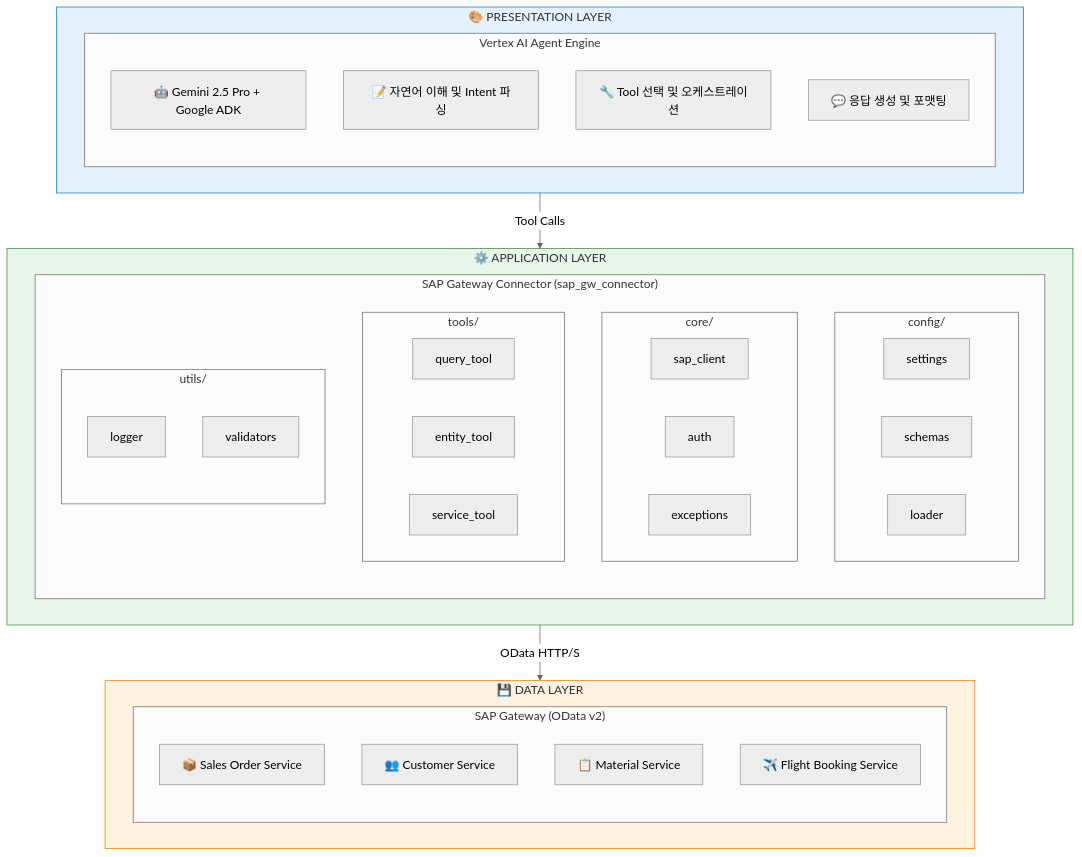
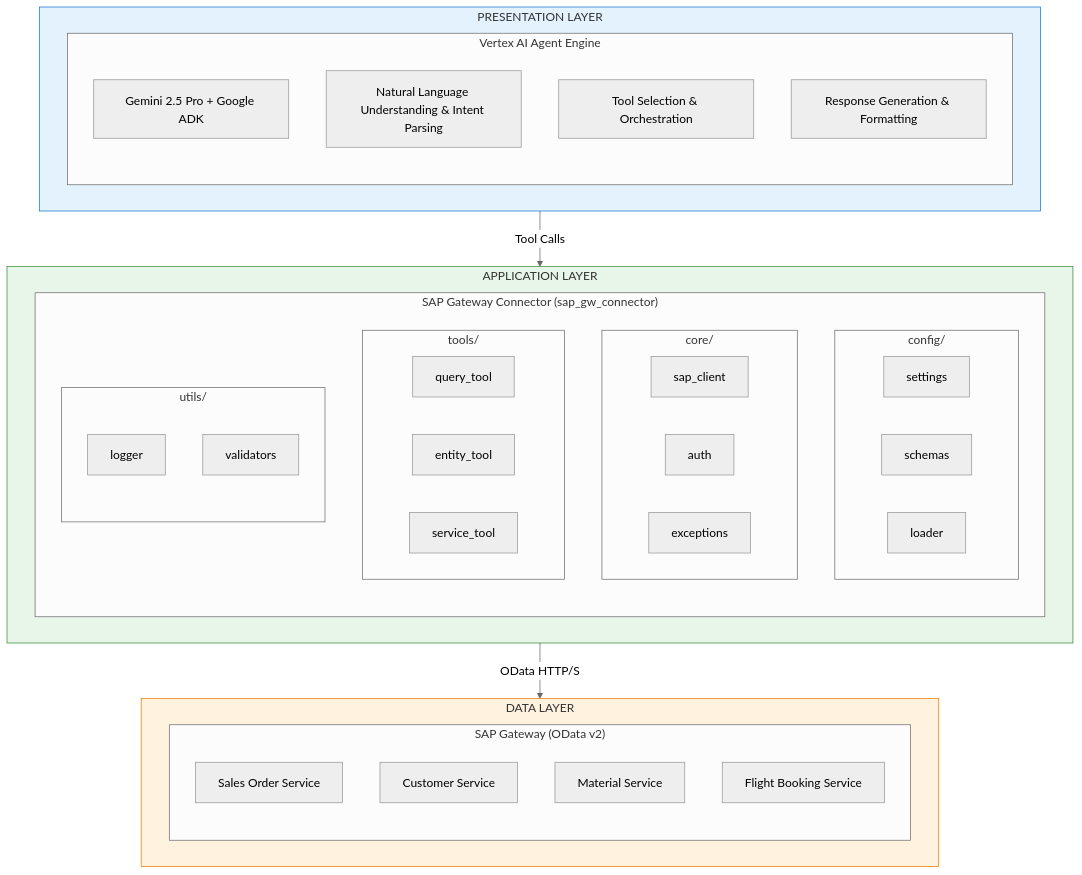
One commit to midasol/sap-adk-agent changed the first of 9 diagrams in README.md. Above: the diagram before and after it, drawn with Mermaid (neutral theme). The commit also changed other lines of this file and 5 other files, not shown here.

````diff
--- a/README.md
+++ b/README.md
@@ -59,51 +59,51 @@
 ```mermaid
 flowchart TB
-    subgraph PresentationLayer["🎨 PRESENTATION LAYER"]
+    subgraph PresentationLayer["PRESENTATION LAYER"]
         subgraph AgentEngine["Vertex AI Agent Engine"]
-            Gemini["🤖 Gemini 2.5 Pro + Google ADK"]
-            NLU["📝 자연어 이해 및 Intent 파싱"]
-            Orchestration["🔧 Tool 선택 및 오케스트레이션"]
-            Response["💬 응답 생성 및 포맷팅"]
+            Gemini["Gemini 2.5 Pro + Google ADK"]
+            NLU["Natural Language Understanding & Intent Parsing"]
+            Orchestration["Tool Selection & Orchestration"]
+            Response["Response Generation & Formatting"]
         end
     end
 
-    subgraph ApplicationLayer["⚙️ APPLICATION LAYER"]
+    subgraph ApplicationLayer["APPLICATION LAYER"]
         subgraph GWConnector["SAP Gateway Connector (sap_gw_connector)"]
             subgraph ConfigMod["config/"]
                 Settings["settings"]
                 Schemas["schemas"]
                 Loader["loader"]
             end
             subgraph CoreMod["core/"]
                 SAPClient["sap_client"]
                 Auth["auth"]
                 Exceptions["exceptions"]
             end
             subgraph ToolsMod["tools/"]
                 QueryTool["query_tool"]
                 EntityTool["entity_tool"]
                 ServiceTool["service_tool"]
             end
             subgraph UtilsMod["utils/"]
                 Logger["logger"]
                 Validators["validators"]
             end
         end
     end
 
-    subgraph DataLayer["💾 DATA LAYER"]
+    subgraph DataLayer["DATA LAYER"]
         subgraph SAPGateway["SAP Gateway (OData v2)"]
-            SalesOrder["📦 Sales Order Service"]
-            Customer["👥 Customer Service"]
-            Material["📋 Material Service"]
-            Flight["✈️ Flight Booking Service"]
+            SalesOrder["Sales Order Service"]
+            Customer["Customer Service"]
+            Material["Material Service"]
+            Flight["Flight Booking Service"]
         end
     end
 
     PresentationLayer -->|"Tool Calls"| ApplicationLayer
     ApplicationLayer -->|"OData HTTP/S"| DataLayer
 
     style PresentationLayer fill:#e3f2fd,stroke:#1976d2
     style ApplicationLayer fill:#e8f5e9,stroke:#388e3c
     style DataLayer fill:#fff3e0,stroke:#f57c00
 ```
````
